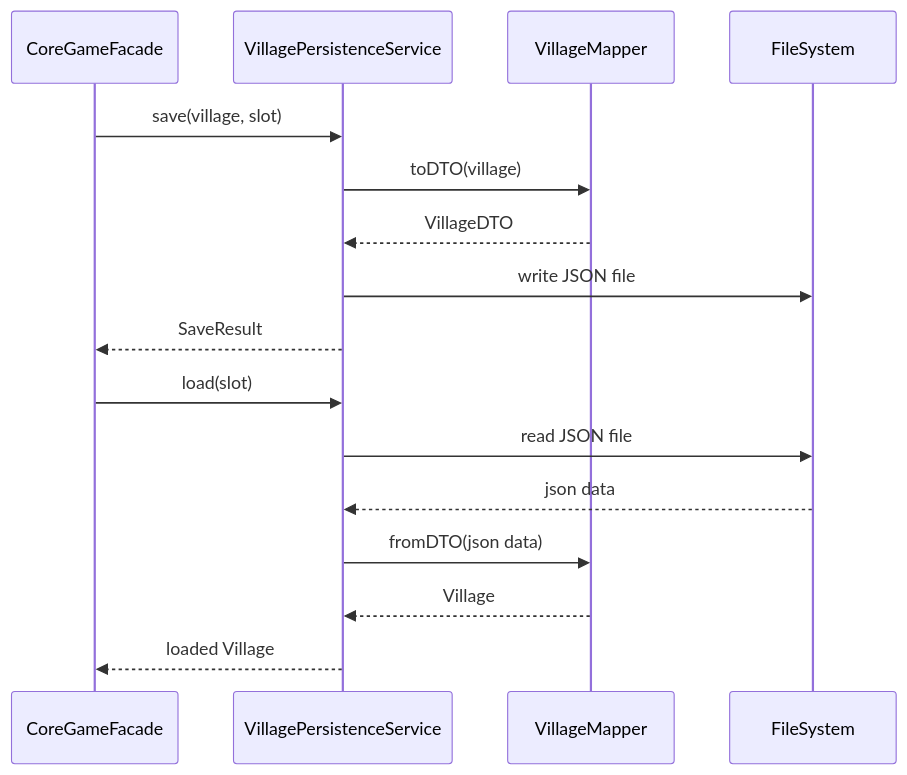
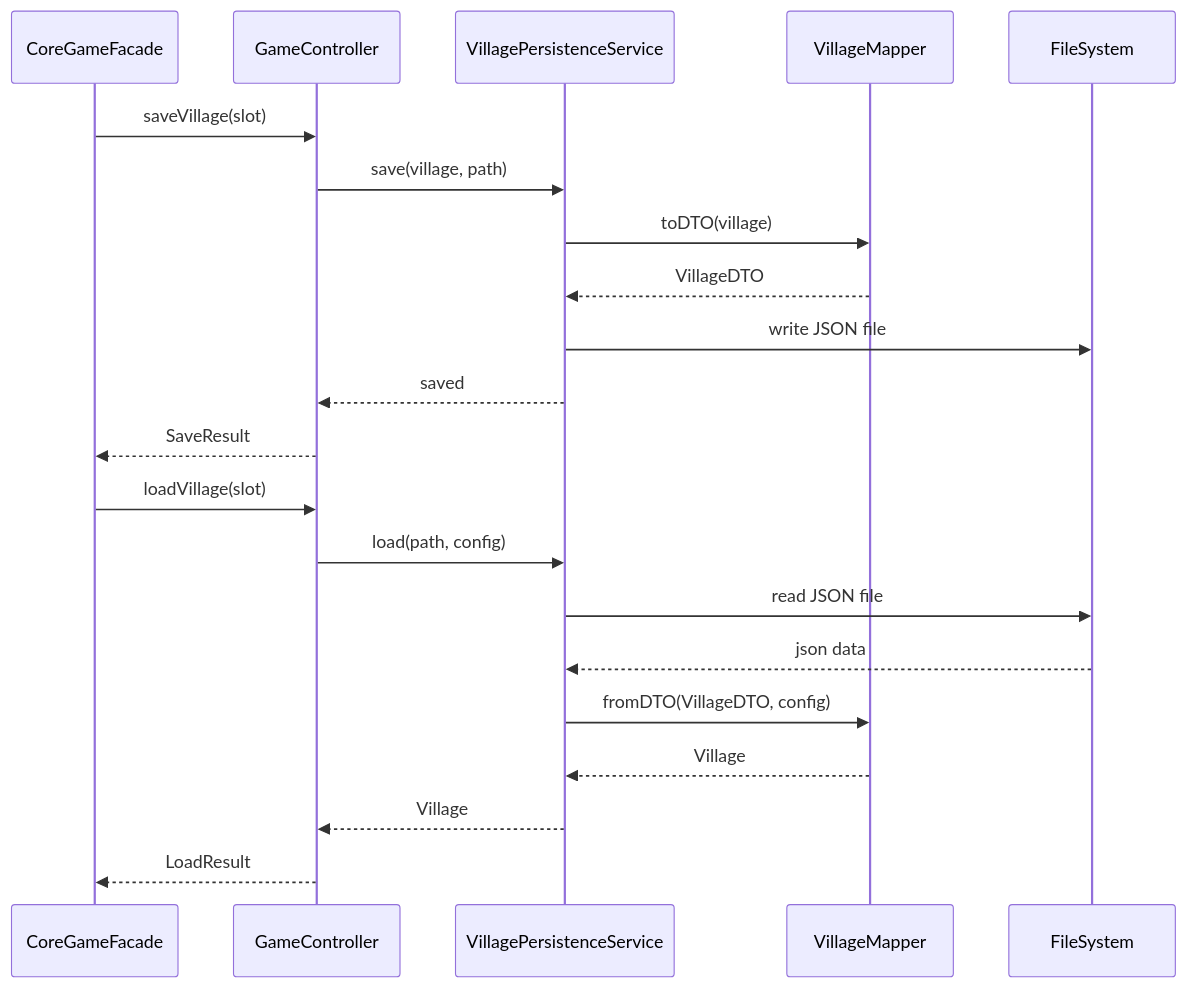
One commit to edope704/DaimyoSimulator changed diagram 14 of 14 in docs/DesignDocument.md. Above: the diagram before and after it, drawn with Mermaid. The commit also changed other lines of this file, not shown here.

````diff
--- a/docs/DesignDocument.md
+++ b/docs/DesignDocument.md
@@ -455,20 +500,25 @@
 ```mermaid
 sequenceDiagram
     participant C as CoreGameFacade
+    participant GC as GameController
     participant P as VillagePersistenceService
     participant M as VillageMapper
     participant FS as FileSystem
 
-    C->>P: save(village, slot)
+    C->>GC: saveVillage(slot)
+    GC->>P: save(village, path)
     P->>M: toDTO(village)
     M-->>P: VillageDTO
     P->>FS: write JSON file
-    P-->>C: SaveResult
+    P-->>GC: saved
+    GC-->>C: SaveResult
 
-    C->>P: load(slot)
+    C->>GC: loadVillage(slot)
+    GC->>P: load(path, config)
     P->>FS: read JSON file
     FS-->>P: json data
-    P->>M: fromDTO(json data)
+    P->>M: fromDTO(VillageDTO, config)
     M-->>P: Village
-    P-->>C: loaded Village
+    P-->>GC: Village
+    GC-->>C: LoadResult
 ```
````
